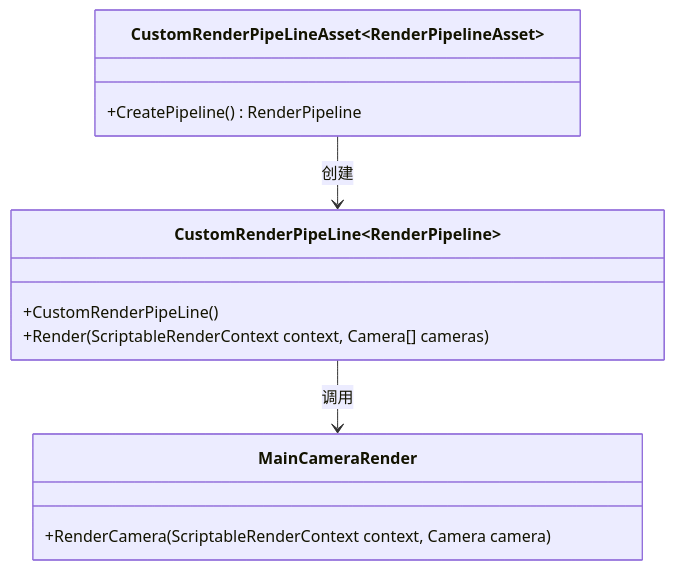
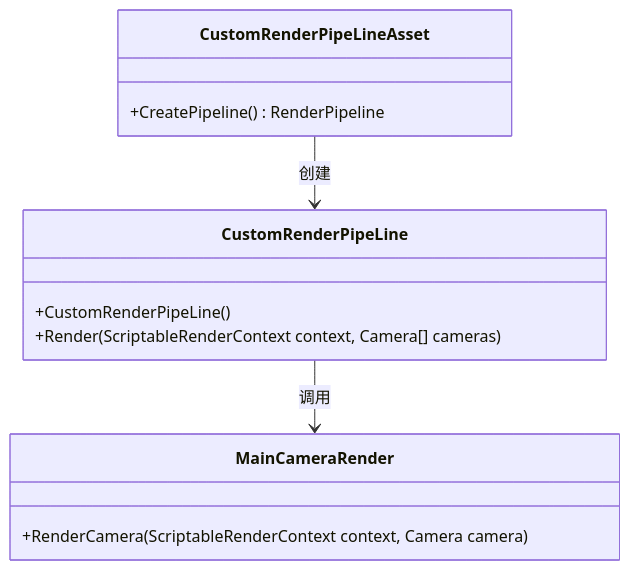
One commit to Conerlius/conerlius.github.io changed the diagram in _posts/Shaders_Tutorial/2020-06-10-unity SRP下shader.md. Above: the diagram before and after it, drawn with Mermaid.

Commit message:
不支持~BaseClass~

````diff
--- a/_posts/Shaders_Tutorial/2020-06-10-unity SRP下shader.md
+++ b/_posts/Shaders_Tutorial/2020-06-10-unity SRP下shader.md
@@ -23,15 +23,15 @@
 ```mermaid
 classDiagram
-    class CustomRenderPipeLineAsset~RenderPipelineAsset~{
+    class CustomRenderPipeLineAsset {
         +CreatePipeline() RenderPipeline
     }
-    class CustomRenderPipeLine~RenderPipeline~{
+    class CustomRenderPipeLine{
         +CustomRenderPipeLine()
         +Render(ScriptableRenderContext context, Camera[] cameras)
     }
     class MainCameraRender{
         +RenderCamera(ScriptableRenderContext context, Camera camera)
     }
     CustomRenderPipeLineAsset-->CustomRenderPipeLine : 创建
     CustomRenderPipeLine-->MainCameraRender : 调用
 ```
````
